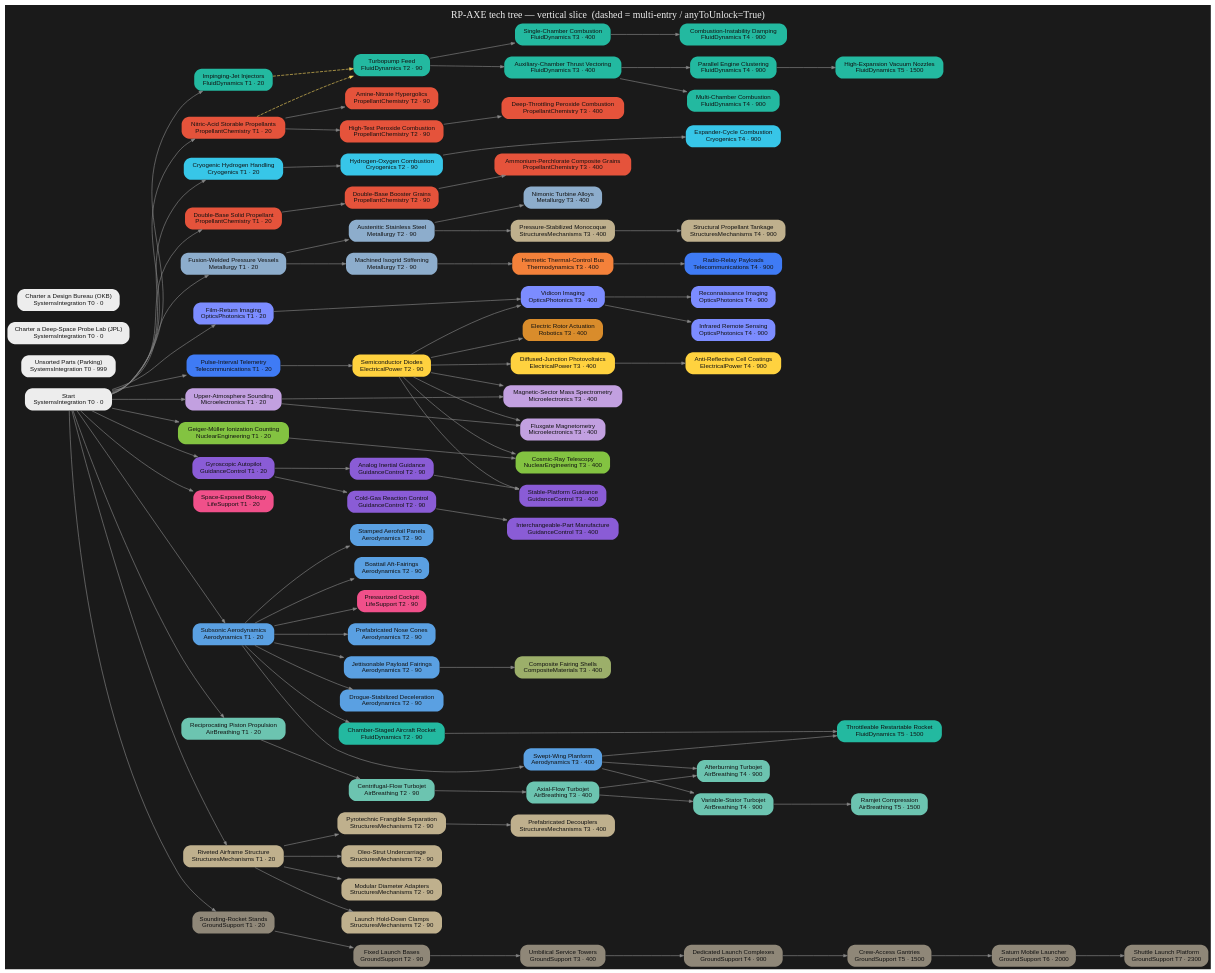
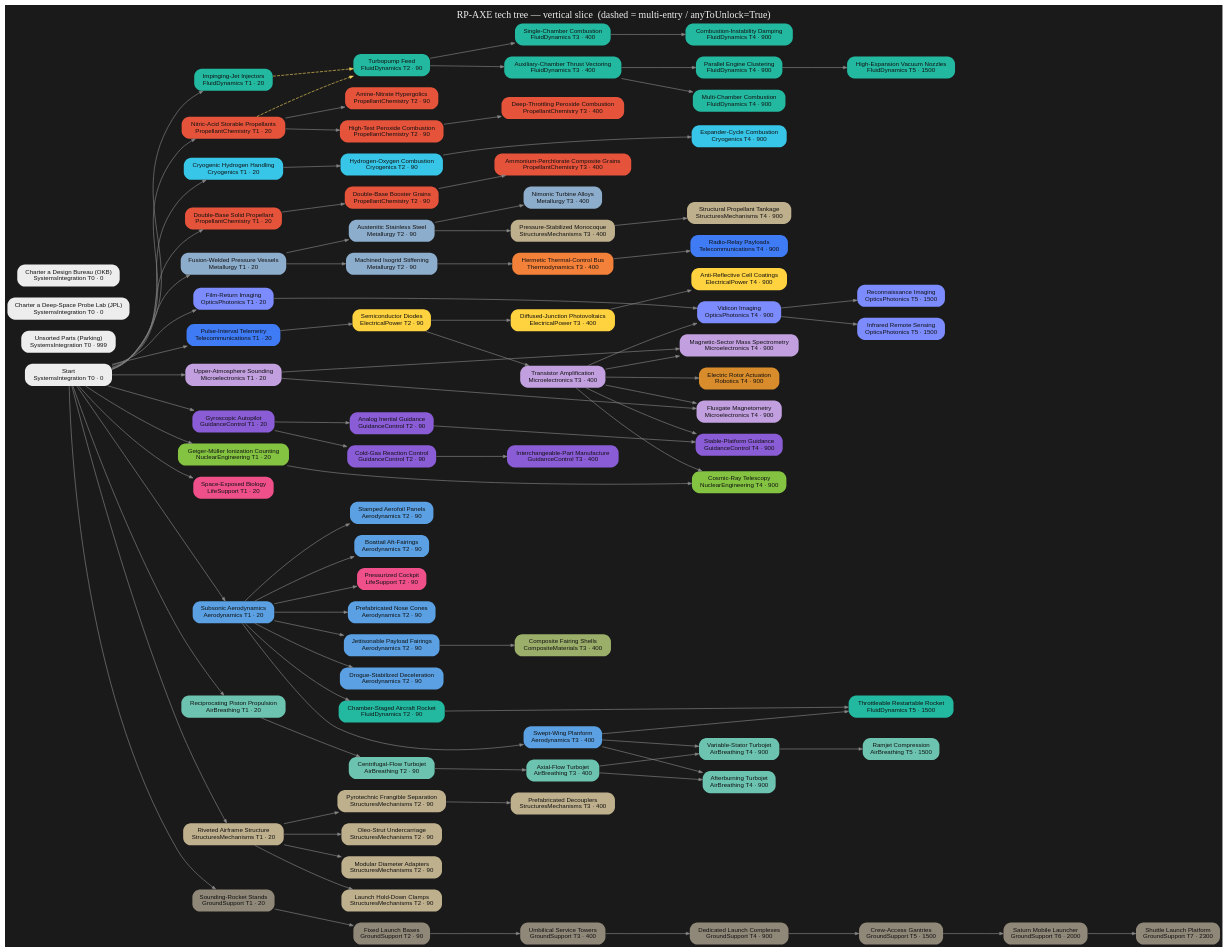
One commit to miskoltrans/RP-AXE changed the diagram in tree/render/axe-tree.dot. Above: the diagram before and after it, drawn with Graphviz. The commit also changed 5 other files, not shown here.

First line of the commit message:
tree(band1): split Semiconductor Diodes -> Transistor Amplification

```diff
--- a/tree/render/axe-tree.dot
+++ b/tree/render/axe-tree.dot
@@ -34,15 +34,16 @@
   "tel_telemetry" [label="Pulse-Interval Telemetry\nTelecommunications T1 · 20",fillcolor="#3f7bf5",fontcolor="#111111"];
   "th_hermeticBus" [label="Hermetic Thermal-Control Bus\nThermodynamics T3 · 400",fillcolor="#f4813a",fontcolor="#111111"];
   "elec_semiconductorDiode" [label="Semiconductor Diodes\nElectricalPower T2 · 90",fillcolor="#ffd23f",fontcolor="#111111"];
+  "elec_transistor" [label="Transistor Amplification\nMicroelectronics T3 · 400",fillcolor="#c2a0e0",fontcolor="#111111"];
   "elec_siliconPV" [label="Diffused-Junction Photovoltaics\nElectricalPower T3 · 400",fillcolor="#ffd23f",fontcolor="#111111"];
-  "rob_rotorActuation" [label="Electric Rotor Actuation\nRobotics T3 · 400",fillcolor="#d98c2b",fontcolor="#111111"];
+  "rob_rotorActuation" [label="Electric Rotor Actuation\nRobotics T4 · 900",fillcolor="#d98c2b",fontcolor="#111111"];
   "gnc_rcs" [label="Cold-Gas Reaction Control\nGuidanceControl T2 · 90",fillcolor="#8a5cd6",fontcolor="#111111"];
   "aero_recovery" [label="Drogue-Stabilized Deceleration\nAerodynamics T2 · 90",fillcolor="#5aa0e2",fontcolor="#111111"];
   "opt_filmReturn" [label="Film-Return Imaging\nOpticsPhotonics T1 · 20",fillcolor="#7c8cff",fontcolor="#111111"];
-  "opt_vidicon" [label="Vidicon Imaging\nOpticsPhotonics T3 · 400",fillcolor="#7c8cff",fontcolor="#111111"];
+  "opt_vidicon" [label="Vidicon Imaging\nOpticsPhotonics T4 · 900",fillcolor="#7c8cff",fontcolor="#111111"];
   "nuc_geiger" [label="Geiger-Müller Ionization Counting\nNuclearEngineering T1 · 20",fillcolor="#83c341",fontcolor="#111111"];
-  "mic_massSpec" [label="Magnetic-Sector Mass Spectrometry\nMicroelectronics T3 · 400",fillcolor="#c2a0e0",fontcolor="#111111"];
-  "mic_magnetometer" [label="Fluxgate Magnetometry\nMicroelectronics T3 · 400",fillcolor="#c2a0e0",fontcolor="#111111"];
+  "mic_massSpec" [label="Magnetic-Sector Mass Spectrometry\nMicroelectronics T4 · 900",fillcolor="#c2a0e0",fontcolor="#111111"];
+  "mic_magnetometer" [label="Fluxgate Magnetometry\nMicroelectronics T4 · 900",fillcolor="#c2a0e0",fontcolor="#111111"];
   "bio_cultures" [label="Space-Exposed Biology\nLifeSupport T1 · 20",fillcolor="#f0508a",fontcolor="#111111"];
   "mic_atmoSounding" [label="Upper-Atmosphere Sounding\nMicroelectronics T1 · 20",fillcolor="#c2a0e0",fontcolor="#111111"];
   "aero_subsonicWing" [label="Subsonic Aerodynamics\nAerodynamics T1 · 20",fillcolor="#5aa0e2",fontcolor="#111111"];
@@ -58,7 +59,7 @@
   "str_structuralHardware" [label="Riveted Airframe Structure\nStructuresMechanisms T1 · 20",fillcolor="#bfb08d",fontcolor="#111111"];
   "gnc_postWarAvionics" [label="Gyroscopic Autopilot\nGuidanceControl T1 · 20",fillcolor="#8a5cd6",fontcolor="#111111"];
   "gnc_avionicsPrototypes" [label="Analog Inertial Guidance\nGuidanceControl T2 · 90",fillcolor="#8a5cd6",fontcolor="#111111"];
-  "gnc_earlyAvionics" [label="Stable-Platform Guidance\nGuidanceControl T3 · 400",fillcolor="#8a5cd6",fontcolor="#111111"];
+  "gnc_earlyAvionics" [label="Stable-Platform Guidance\nGuidanceControl T4 · 900",fillcolor="#8a5cd6",fontcolor="#111111"];
   "gnc_standardRCS" [label="Interchangeable-Part Manufacture\nGuidanceControl T3 · 400",fillcolor="#8a5cd6",fontcolor="#111111"];
   "aero_stampedWings" [label="Stamped Aerofoil Panels\nAerodynamics T2 · 90",fillcolor="#5aa0e2",fontcolor="#111111"];
   "aero_boattail" [label="Boattail Aft-Fairings\nAerodynamics T2 · 90",fillcolor="#5aa0e2",fontcolor="#111111"];
@@ -79,15 +80,15 @@
   "gs_saturnPad" [label="Saturn Mobile Launcher\nGroundSupport T6 · 2000",fillcolor="#8f8778",fontcolor="#111111"];
   "gs_shuttlePad" [label="Shuttle Launch Platform\nGroundSupport T7 · 2300",fillcolor="#8f8778",fontcolor="#111111"];
   "aero_prefabNoseCones" [label="Prefabricated Nose Cones\nAerodynamics T2 · 90",fillcolor="#5aa0e2",fontcolor="#111111"];
-  "nuc_cosmicRay" [label="Cosmic-Ray Telescopy\nNuclearEngineering T3 · 400",fillcolor="#83c341",fontcolor="#111111"];
-  "opt_recon" [label="Reconnaissance Imaging\nOpticsPhotonics T4 · 900",fillcolor="#7c8cff",fontcolor="#111111"];
-  "opt_remoteSensing" [label="Infrared Remote Sensing\nOpticsPhotonics T4 · 900",fillcolor="#7c8cff",fontcolor="#111111"];
+  "nuc_cosmicRay" [label="Cosmic-Ray Telescopy\nNuclearEngineering T4 · 900",fillcolor="#83c341",fontcolor="#111111"];
+  "opt_recon" [label="Reconnaissance Imaging\nOpticsPhotonics T5 · 1500",fillcolor="#7c8cff",fontcolor="#111111"];
+  "opt_remoteSensing" [label="Infrared Remote Sensing\nOpticsPhotonics T5 · 1500",fillcolor="#7c8cff",fontcolor="#111111"];
   { rank=same; "start" "parking" "hire_JPL" "hire_OKB" }
   { rank=same; "pc_storables" "cryo_hydrogen" "pc_doubleBaseSolid" "fd_injectors" "met_weldedTank" "tel_telemetry" "opt_filmReturn" "nuc_geiger" "bio_cultures" "mic_atmoSounding" "aero_subsonicWing" "str_structuralHardware" "gnc_postWarAvionics" "prop_recipEngine" "gs_soundingStands" }
   { rank=same; "fd_turbopumpFeed" "cryo_hydroloxPrototype" "pc_doubleBaseBooster" "pc_hypergolics" "pc_htp" "met_stainlessSteel" "met_isogrid" "str_staging" "aero_fairings" "elec_semiconductorDiode" "gnc_rcs" "aero_recovery" "str_landingGear" "av_centrifugalJet" "fd_rocketplaneRocket" "gnc_avionicsPrototypes" "aero_stampedWings" "aero_boattail" "str_diameterAdapters" "life_pilotedCockpits" "gs_launchClamps" "gs_launchBases" "aero_prefabNoseCones" }
-  { rank=same; "fd_singleChamber" "fd_verniers" "pc_compositeSolid" "pc_stentor" "met_nimonic" "str_balloonTank" "th_hermeticBus" "elec_siliconPV" "rob_rotorActuation" "opt_vidicon" "mic_massSpec" "mic_magnetometer" "av_axialJet" "aero_supersonicWing" "gnc_earlyAvionics" "gnc_standardRCS" "cmp_compositeFairings" "str_standardDecouplers" "gs_serviceTowers" "nuc_cosmicRay" }
-  { rank=same; "fd_largeChamber" "fd_orbitalSoviet" "fd_orbitalMultiChamber" "cryo_expanderCycle" "av_afterburner" "av_variableStator" "str_serviceModuleTank" "elec_arCoatings" "tel_appSatellites" "gs_dedicatedComplexes" "opt_recon" "opt_remoteSensing" }
-  { rank=same; "fd_matureOrbital" "av_ramjet" "fd_throttlingRocket" "gs_crewGantries" }
+  { rank=same; "fd_singleChamber" "fd_verniers" "pc_compositeSolid" "pc_stentor" "met_nimonic" "str_balloonTank" "th_hermeticBus" "elec_transistor" "elec_siliconPV" "av_axialJet" "aero_supersonicWing" "gnc_standardRCS" "cmp_compositeFairings" "str_standardDecouplers" "gs_serviceTowers" }
+  { rank=same; "fd_largeChamber" "fd_orbitalSoviet" "fd_orbitalMultiChamber" "cryo_expanderCycle" "rob_rotorActuation" "opt_vidicon" "mic_massSpec" "mic_magnetometer" "av_afterburner" "av_variableStator" "gnc_earlyAvionics" "str_serviceModuleTank" "elec_arCoatings" "tel_appSatellites" "gs_dedicatedComplexes" "nuc_cosmicRay" }
+  { rank=same; "fd_matureOrbital" "av_ramjet" "fd_throttlingRocket" "gs_crewGantries" "opt_recon" "opt_remoteSensing" }
   { rank=same; "gs_saturnPad" }
   { rank=same; "gs_shuttlePad" }
   "start" -> "pc_storables" [style=solid];
@@ -119,18 +120,19 @@
   "start" -> "tel_telemetry" [style=solid];
   "met_isogrid" -> "th_hermeticBus" [style=solid];
   "tel_telemetry" -> "elec_semiconductorDiode" [style=solid];
+  "elec_semiconductorDiode" -> "elec_transistor" [style=solid];
   "elec_semiconductorDiode" -> "elec_siliconPV" [style=solid];
-  "elec_semiconductorDiode" -> "rob_rotorActuation" [style=solid];
+  "elec_transistor" -> "rob_rotorActuation" [style=solid];
   "gnc_postWarAvionics" -> "gnc_rcs" [style=solid];
   "aero_subsonicWing" -> "aero_recovery" [style=solid];
   "start" -> "opt_filmReturn" [style=solid];
   "opt_filmReturn" -> "opt_vidicon" [style=solid];
-  "elec_semiconductorDiode" -> "opt_vidicon" [style=solid];
+  "elec_transistor" -> "opt_vidicon" [style=solid];
   "start" -> "nuc_geiger" [style=solid];
   "mic_atmoSounding" -> "mic_massSpec" [style=solid];
-  "elec_semiconductorDiode" -> "mic_massSpec" [style=solid];
+  "elec_transistor" -> "mic_massSpec" [style=solid];
   "mic_atmoSounding" -> "mic_magnetometer" [style=solid];
-  "elec_semiconductorDiode" -> "mic_magnetometer" [style=solid];
+  "elec_transistor" -> "mic_magnetometer" [style=solid];
   "start" -> "bio_cultures" [style=solid];
   "start" -> "mic_atmoSounding" [style=solid];
   "start" -> "aero_subsonicWing" [style=solid];
@@ -150,7 +152,7 @@
   "start" -> "gnc_postWarAvionics" [style=solid];
   "gnc_postWarAvionics" -> "gnc_avionicsPrototypes" [style=solid];
   "gnc_avionicsPrototypes" -> "gnc_earlyAvionics" [style=solid];
-  "elec_semiconductorDiode" -> "gnc_earlyAvionics" [style=solid];
+  "elec_transistor" -> "gnc_earlyAvionics" [style=solid];
   "gnc_rcs" -> "gnc_standardRCS" [style=solid];
   "aero_subsonicWing" -> "aero_stampedWings" [style=solid];
   "aero_subsonicWing" -> "aero_boattail" [style=solid];
@@ -172,7 +174,7 @@
   "gs_saturnPad" -> "gs_shuttlePad" [style=solid];
   "aero_subsonicWing" -> "aero_prefabNoseCones" [style=solid];
   "nuc_geiger" -> "nuc_cosmicRay" [style=solid];
-  "elec_semiconductorDiode" -> "nuc_cosmicRay" [style=solid];
+  "elec_transistor" -> "nuc_cosmicRay" [style=solid];
   "opt_vidicon" -> "opt_recon" [style=solid];
   "opt_vidicon" -> "opt_remoteSensing" [style=solid];
   labelloc="t"; fontcolor="#eeeeee"; fontsize=16;
```
